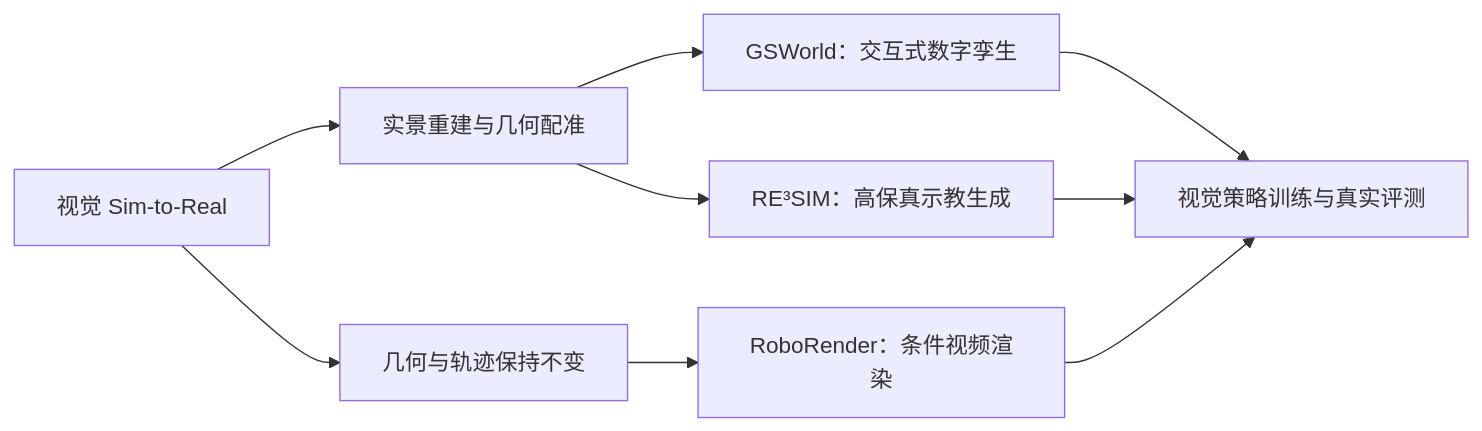
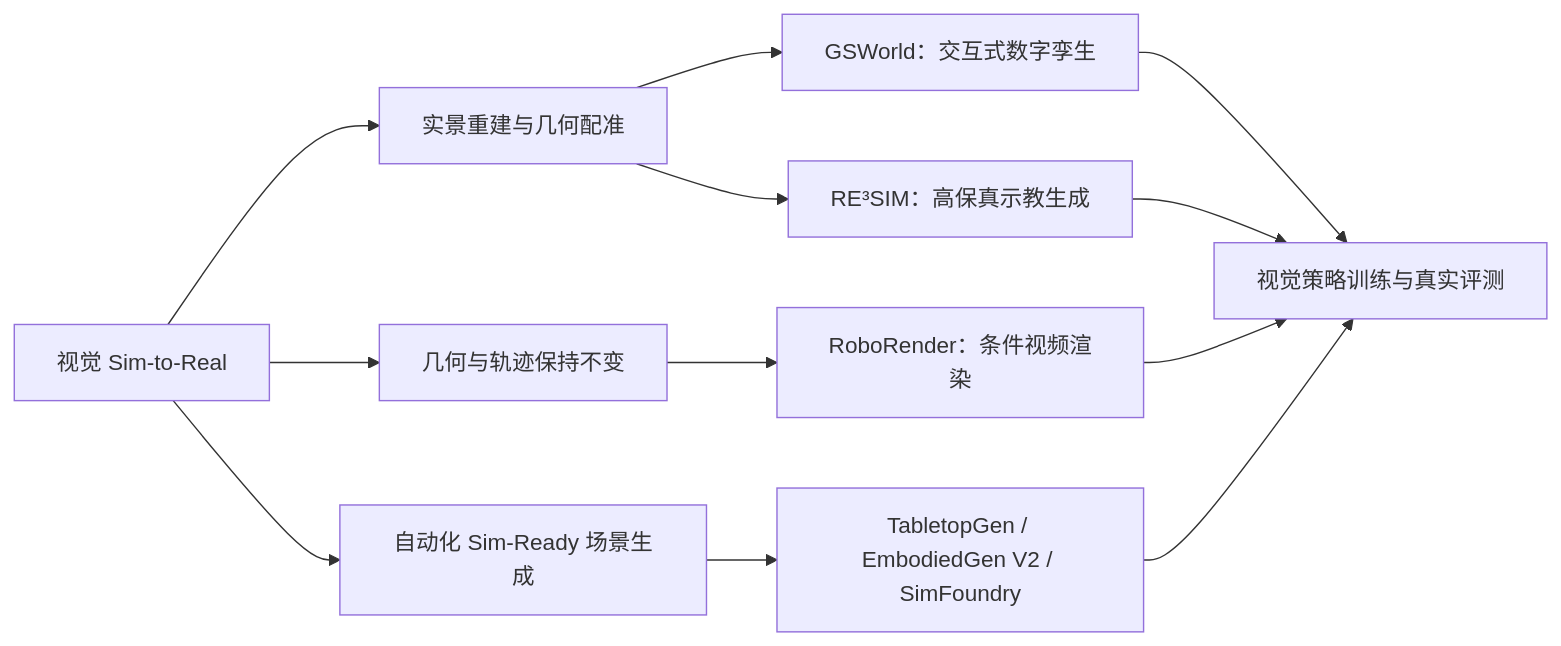
The first of 7 diagrams in docs/chapters/02-visual.md (AforestSong/Sim2Real-Frontier-Survey), drawn with Mermaid before and after one commit. The commit also changed other lines of this file and 17 other files, not shown here.

First line of the commit message:
docs: extend Sim2Real survey with simulation-ready world generation

````diff
--- a/docs/chapters/02-visual.md
+++ b/docs/chapters/02-visual.md
@@ -19,11 +20,14 @@
 ```mermaid
 flowchart LR
   A[视觉 Sim-to-Real] --> B[实景重建与几何配准]
   B --> C[GSWorld：交互式数字孪生]
   B --> D[RE³SIM：高保真示教生成]
   A --> E[几何与轨迹保持不变]
   E --> F[RoboRender：条件视频渲染]
   C --> G[视觉策略训练与真实评测]
   D --> G
   F --> G
+  A --> H[自动化 Sim-Ready 场景生成]
+  H --> I[TabletopGen / EmbodiedGen V2 / SimFoundry]
+  I --> G
 ```
````
